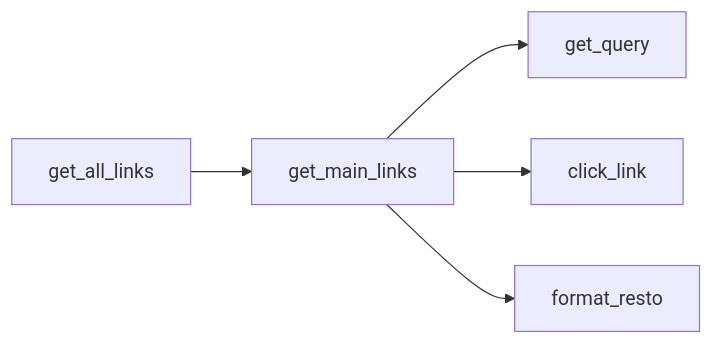
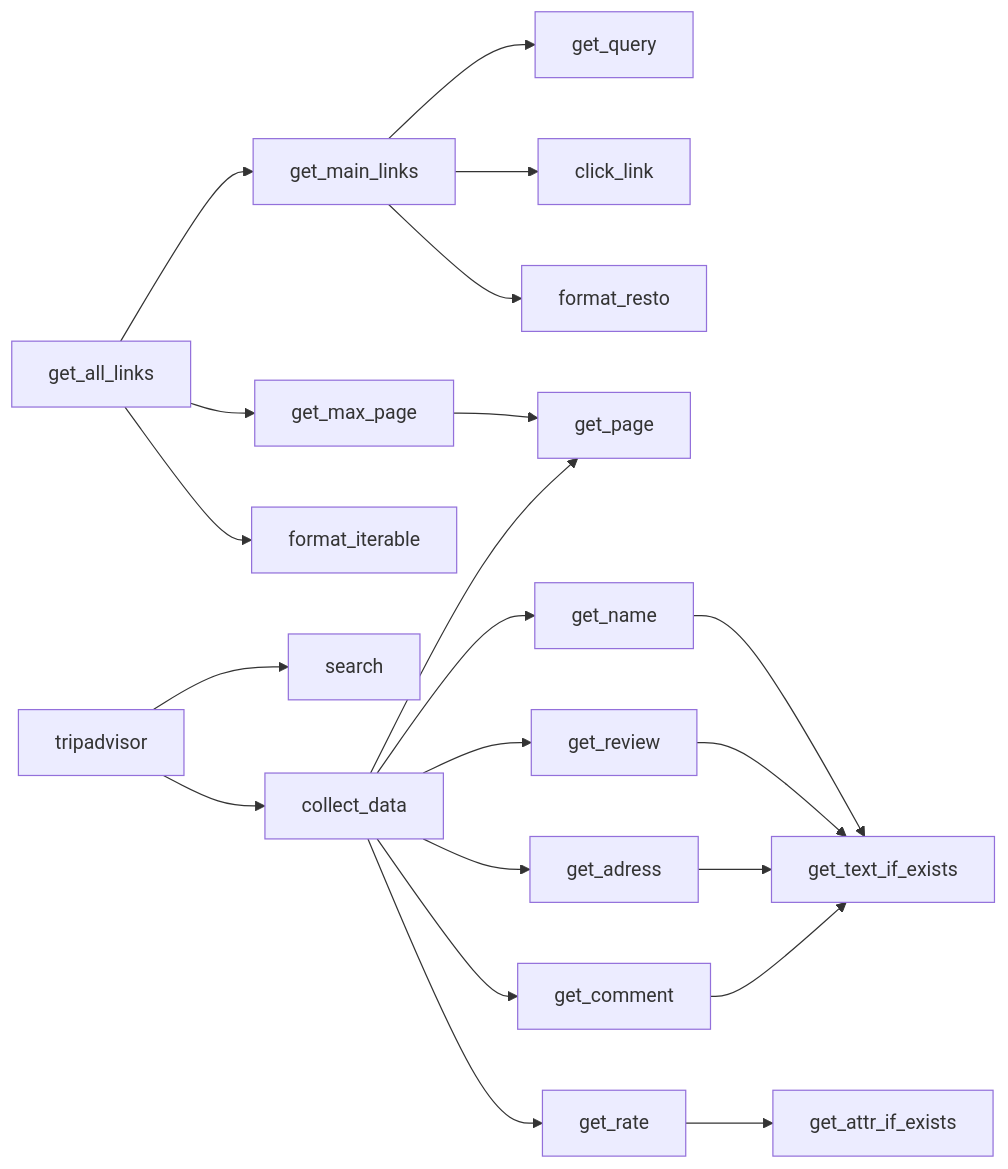
One commit to CyuHat/tripad_python changed the first of 2 diagrams in README.md. Above: the diagram before and after it, drawn with Mermaid. The commit also changed other lines of this file and 3 other files, not shown here.

First line of the commit message:
Iterable links

````diff
--- a/README.md
+++ b/README.md
@@ -12,7 +12,23 @@
 ```mermaid
 graph LR;
-	gal[get_all_links] --> gml[get_main_links]
-	gml --> gq[get_query]
-	gml --> cl[click_link]
-	gml --> format_resto
+	gal[get_all_links] --> gml[get_main_links];
+	gml --> gq[get_query];
+	gml --> cl[click_link];
+	gml --> format_resto;
+	gal --> gmp[get_max_page];
+	gal --> fi[format_iterable];
+	t[tripadvisor] --> s[search];
+	t --> cd[collect_data];
+	gmp --> gp[get_page];
+	cd --> gp;
+	cd --> gn[get_name];
+	cd --> grt[get_rate];
+	cd --> gr[get_review];
+	cd --> ga[get_adress];
+	cd --> gc[get_comment];
+	gn --> gtie[get_text_if_exists];
+	grt --> get_attr_if_exists;
+	gr --> gtie;
+	ga --> gtie;
+	gc --> gtie;
 ```
````
